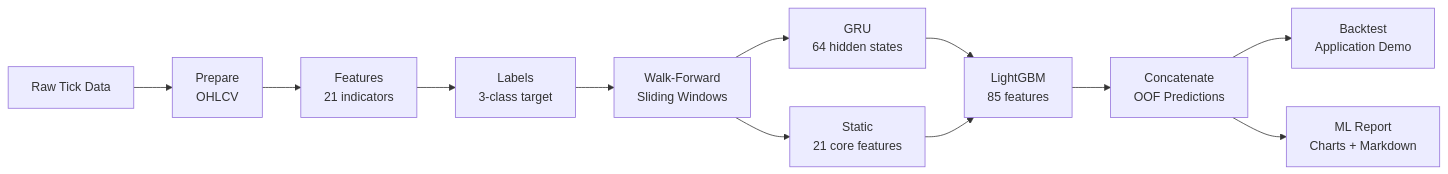
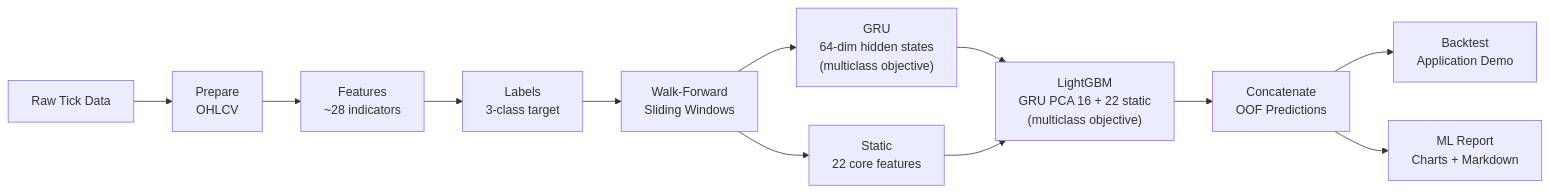
Before and after one commit to ultimateBroK/thesis-hybrid-stacking: the first of 8 diagrams in docs/ARCHITECTURE.md, drawn with Mermaid. The commit also changed other lines of this file and 39 other files, not shown here.

First line of the commit message:
feat: update data range to 2018-2024 and enhance model architecture

````diff
--- a/docs/ARCHITECTURE.md
+++ b/docs/ARCHITECTURE.md
@@ -24,17 +29,17 @@
 ```mermaid
 flowchart LR
     A["Raw Tick Data"] --> B["Prepare<br/>OHLCV"]
-    B --> C["Features<br/>21 indicators"]
+    B --> C["Features<br/>~28 indicators"]
     C --> D["Labels<br/>3-class target"]
     D --> E["Walk-Forward<br/>Sliding Windows"]
 
-    E --> F["GRU<br/>64 hidden states"]
-    E --> G["Static<br/>21 core features"]
+    E --> F["GRU<br/>64-dim hidden states<br/>(multiclass objective)"]
+    E --> G["Static<br/>22 core features"]
 
-    F --> H["LightGBM<br/>85 features"]
+    F --> H["LightGBM<br/>GRU PCA 16 + 22 static<br/>(multiclass objective)"]
     G --> H
 
     H --> I["Concatenate<br/>OOF Predictions"]
     I --> J["Backtest<br/>Application Demo"]
     I --> K["ML Report<br/>Charts + Markdown"]
 ```
````
